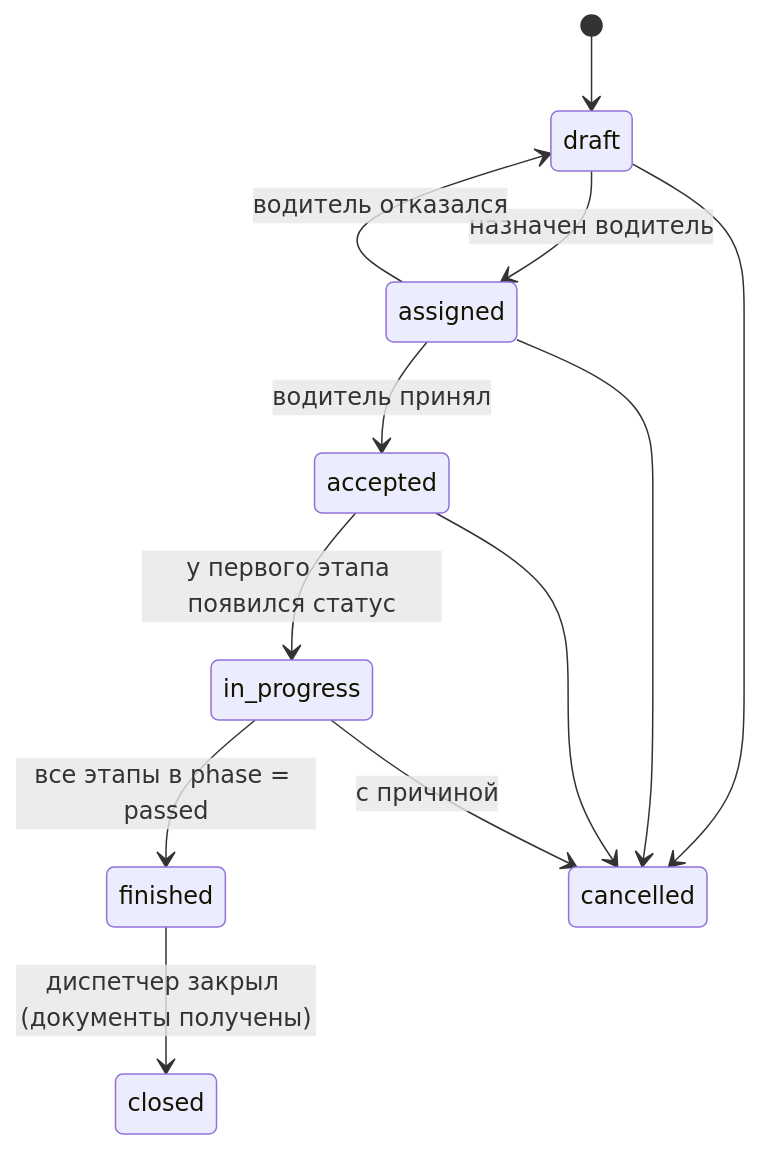
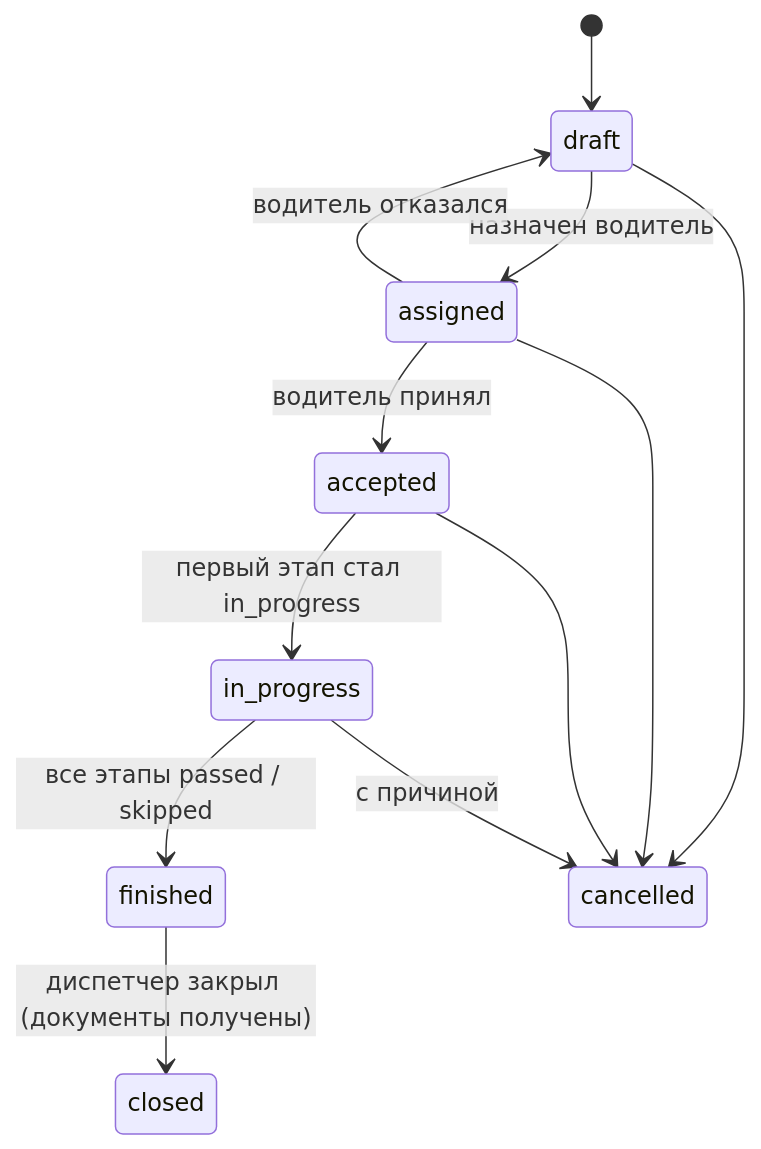
One commit to spite-creator/plobi-chat changed the second of 2 diagrams in docs/state-machine.md. Above: the diagram before and after it, drawn with Mermaid. The commit also changed other lines of this file and 5 other files, not shown here.

````diff
--- a/docs/state-machine.md
+++ b/docs/state-machine.md
@@ -188,14 +189,14 @@
 ```mermaid
 stateDiagram-v2
     [*] --> draft
     draft --> assigned: назначен водитель
     assigned --> accepted: водитель принял
     assigned --> draft: водитель отказался
-    accepted --> in_progress: у первого этапа появился статус
-    in_progress --> finished: все этапы в phase = passed
+    accepted --> in_progress: первый этап стал in_progress
+    in_progress --> finished: все этапы passed / skipped
     finished --> closed: диспетчер закрыл (документы получены)
     draft --> cancelled
     assigned --> cancelled
     accepted --> cancelled
     in_progress --> cancelled: с причиной
 ```
````
